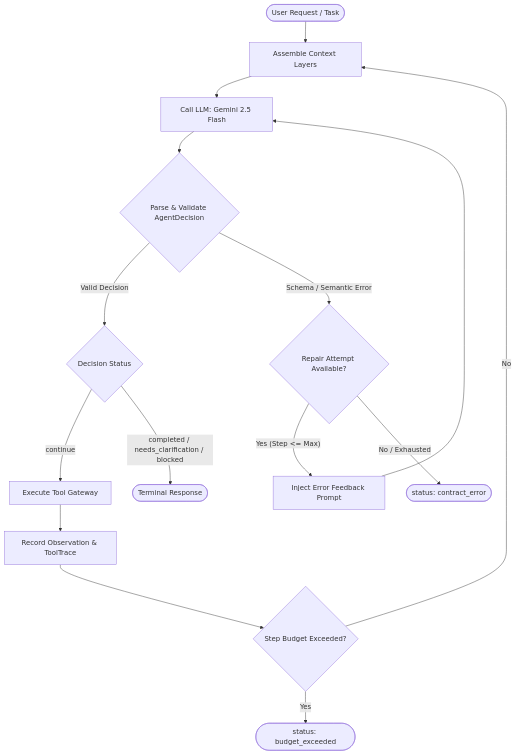
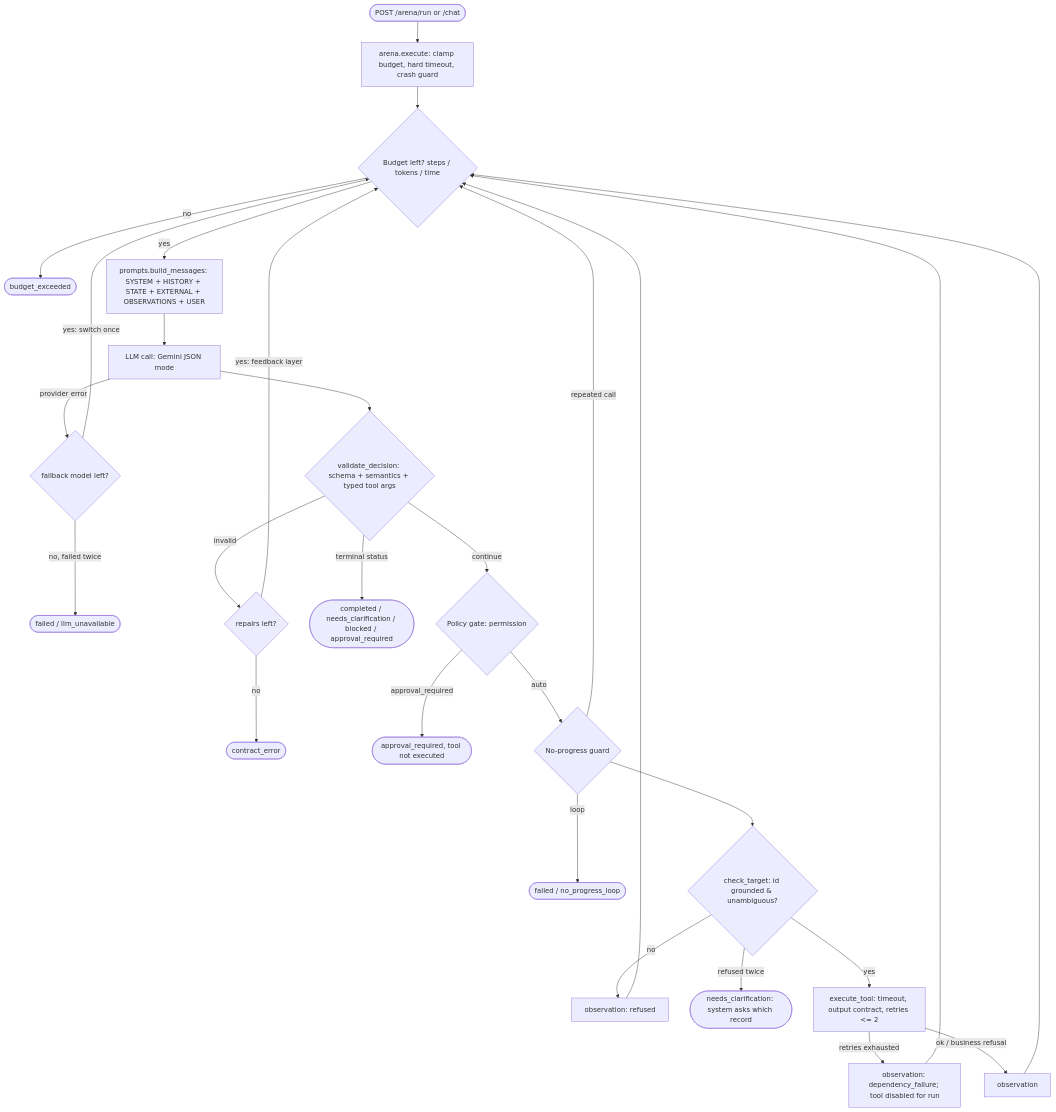
Before and after one commit to rayyankhan33/student-agent: the diagram in README.md, drawn with Mermaid. The commit also changed other lines of this file and 29 other files, not shown here.

````diff
--- a/README.md
+++ b/README.md
@@ -43,16 +37,29 @@
 ```mermaid
 flowchart TD
-    A([User Request / Task]) --> B[Assemble Context Layers]
-    B --> C[Call LLM: Gemini 2.5 Flash]
-    C --> D{Parse & Validate AgentDecision}
-    D -- Valid Decision --> E{Decision Status}
-    D -- Schema / Semantic Error --> F{Repair Attempt Available?}
-    F -- Yes (Step <= Max) --> G[Inject Error Feedback Prompt] --> C
-    F -- No / Exhausted --> H([status: contract_error])
-    E -- continue --> I[Execute Tool Gateway]
-    E -- completed / needs_clarification / blocked --> J([Terminal Response])
-    I --> K[Record Observation & ToolTrace]
-    K --> L{Step Budget Exceeded?}
-    L -- Yes --> M([status: budget_exceeded])
-    L -- No --> B
+    U([POST /arena/run or /chat]) --> B[arena.execute: clamp budget, hard timeout, crash guard]
+    B --> L{Budget left? steps / tokens / time}
+    L -- no --> X1([budget_exceeded])
+    L -- yes --> P[prompts.build_messages: SYSTEM + HISTORY + STATE + EXTERNAL + OBSERVATIONS + USER]
+    P --> M[LLM call: Gemini JSON mode]
+    M -- provider error --> F{fallback model left?}
+    F -- yes: switch once --> L
+    F -- no, failed twice --> X2([failed / llm_unavailable])
+    M --> V{validate_decision: schema + semantics + typed tool args}
+    V -- invalid --> R{repairs left?}
+    R -- yes: feedback layer --> L
+    R -- no --> X3([contract_error])
+    V -- terminal status --> X4([completed / needs_clarification / blocked / approval_required])
+    V -- continue --> G{Policy gate: permission}
+    G -- approval_required --> X5([approval_required, tool not executed])
+    G -- auto --> N{No-progress guard}
+    N -- repeated call --> L
+    N -- loop --> X6([failed / no_progress_loop])
+    N --> K{check_target: id grounded & unambiguous?}
+    K -- no --> O3[observation: refused] --> L
+    K -- refused twice --> X7([needs_clarification: system asks which record])
+    K -- yes --> T[execute_tool: timeout, output contract, retries <= 2]
+    T -- retries exhausted --> O[observation: dependency_failure; tool disabled for run]
+    T -- ok / business refusal --> O2[observation]
+    O --> L
+    O2 --> L
 ```
````
